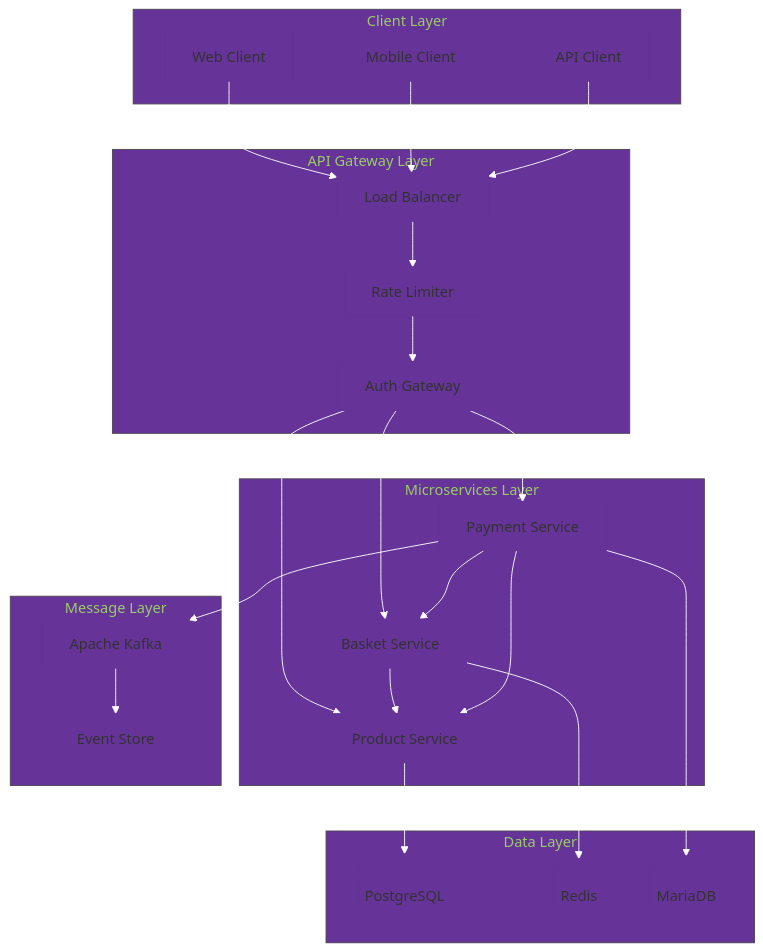
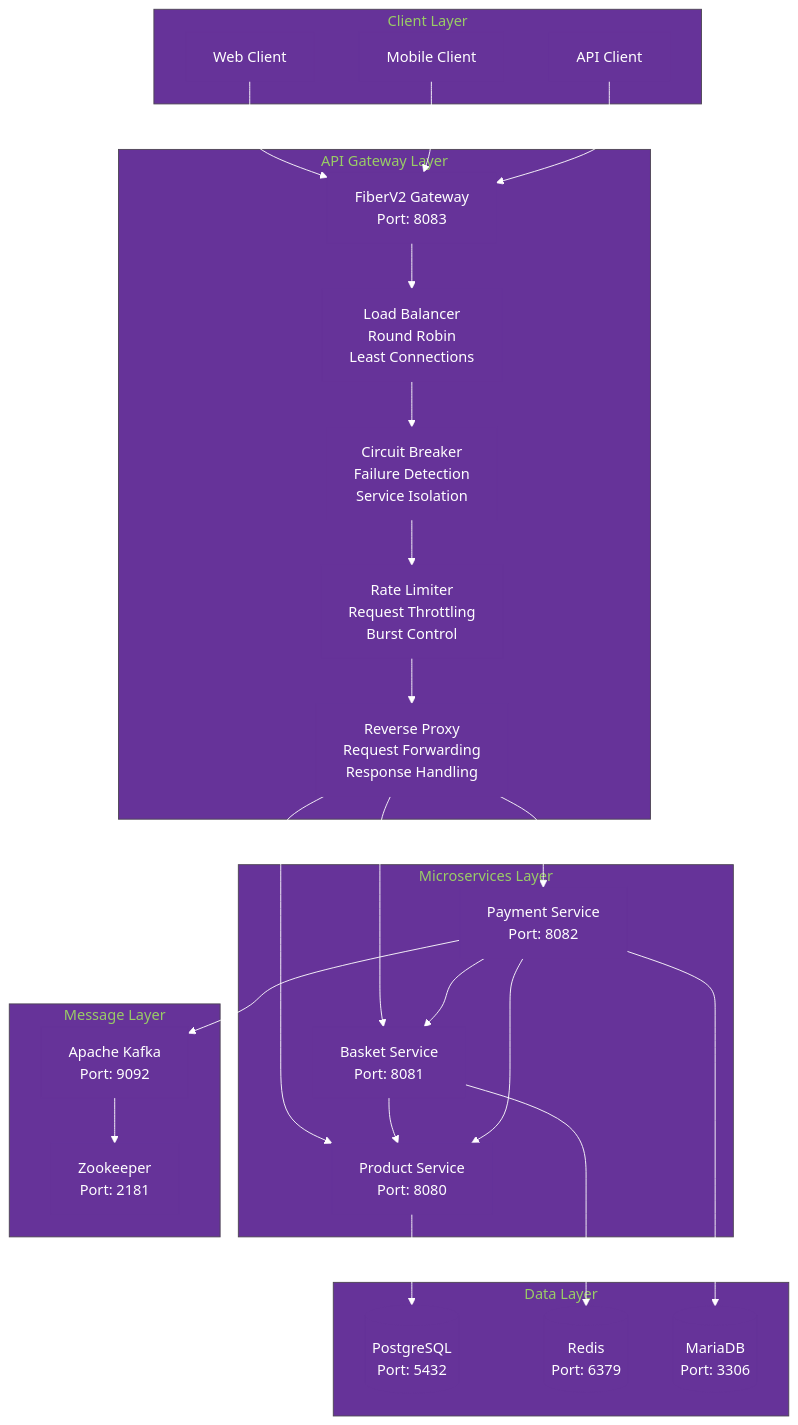
One commit to ozturkeniss/obs-tools-usage changed diagram 21 of 21 in README.md. Above: the diagram before and after it, drawn with Mermaid. The commit also changed other lines of this file, not shown here.

First line of the commit message:
Add FiberV2 Gateway architecture and features documentation in README.md

````diff
--- a/README.md
+++ b/README.md
@@ -710,54 +925,58 @@
 ```mermaid
-%%{init: {'theme':'base', 'themeVariables': { 'primaryColor': '#663399', 'primaryText色': '#ffffff', 'primaryBorderColor': '#663399', 'lineColor': '#ffffff', 'secondaryColor': '#663399', 'tertiaryColor': '#663399'}}}%%
+%%{init: {'theme':'base', 'themeVariables': { 'primaryColor': '#663399', 'primaryTextColor': '#ffffff', 'primaryBorderColor': '#663399', 'lineColor': '#ffffff', 'secondaryColor': '#663399', 'tertiaryColor': '#663399'}}}%%
 graph TB
     subgraph "Client Layer"
         WebClient[Web Client]
         MobileClient[Mobile Client]
         APIClient[API Client]
     end
     
     subgraph "API Gateway Layer"
-        LoadBalancer[Load Balancer]
-        RateLimiter[Rate Limiter]
-        AuthGateway[Auth Gateway]
+        FiberGateway[FiberV2 Gateway<br/>Port: 8083]
+        LoadBalancer[Load Balancer<br/>Round Robin<br/>Least Connections]
+        CircuitBreaker[Circuit Breaker<br/>Failure Detection<br/>Service Isolation]
+        RateLimiter[Rate Limiter<br/>Request Throttling<br/>Burst Control]
+        ReverseProxy[Reverse Proxy<br/>Request Forwarding<br/>Response Handling]
     end
     
     subgraph "Microservices Layer"
-        ProductService[Product Service]
-        BasketService[Basket Service]
-        PaymentService[Payment Service]
+        ProductService[Product Service<br/>Port: 8080]
+        BasketService[Basket Service<br/>Port: 8081]
+        PaymentService[Payment Service<br/>Port: 8082]
     end
     
     subgraph "Data Layer"
-        PostgreSQL[(PostgreSQL)]
-        Redis[(Redis)]
-        MariaDB[(MariaDB)]
+        PostgreSQL[(PostgreSQL<br/>Port: 5432)]
+        Redis[(Redis<br/>Port: 6379)]
+        MariaDB[(MariaDB<br/>Port: 3306)]
     end
     
     subgraph "Message Layer"
-        Kafka[Apache Kafka]
-        EventStore[Event Store]
+        Kafka[Apache Kafka<br/>Port: 9092]
+        Zookeeper[Zookeeper<br/>Port: 2181]
     end
     
-    WebClient --> LoadBalancer
-    MobileClient --> LoadBalancer
-    APIClient --> LoadBalancer
+    WebClient --> FiberGateway
+    MobileClient --> FiberGateway
+    APIClient --> FiberGateway
     
-    LoadBalancer --> RateLimiter
-    RateLimiter --> AuthGateway
+    FiberGateway --> LoadBalancer
+    LoadBalancer --> CircuitBreaker
+    CircuitBreaker --> RateLimiter
+    RateLimiter --> ReverseProxy
     
-    AuthGateway --> ProductService
-    AuthGateway --> BasketService
-    AuthGateway --> PaymentService
+    ReverseProxy --> ProductService
+    ReverseProxy --> BasketService
+    ReverseProxy --> PaymentService
     
     ProductService --> PostgreSQL
     BasketService --> Redis
     PaymentService --> MariaDB
     
     PaymentService --> Kafka
-    Kafka --> EventStore
+    Kafka --> Zookeeper
     
     BasketService --> ProductService
     PaymentService --> BasketService
     PaymentService --> ProductService
 ```
````
